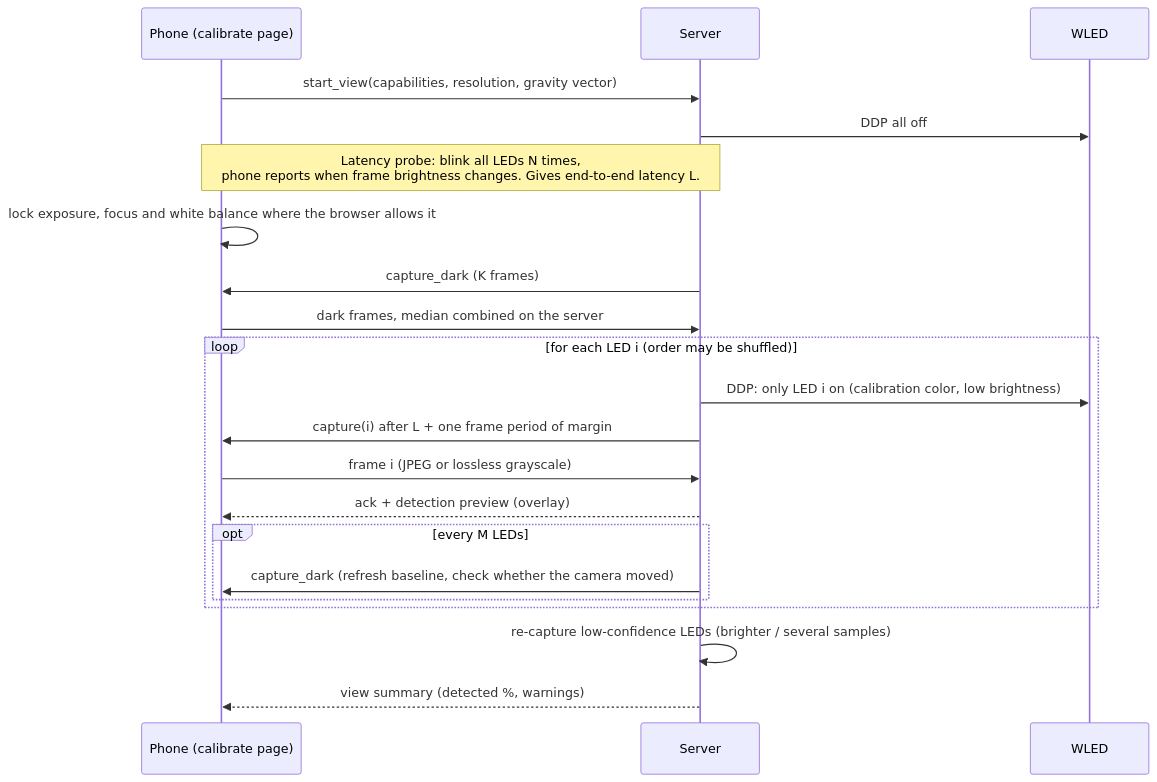
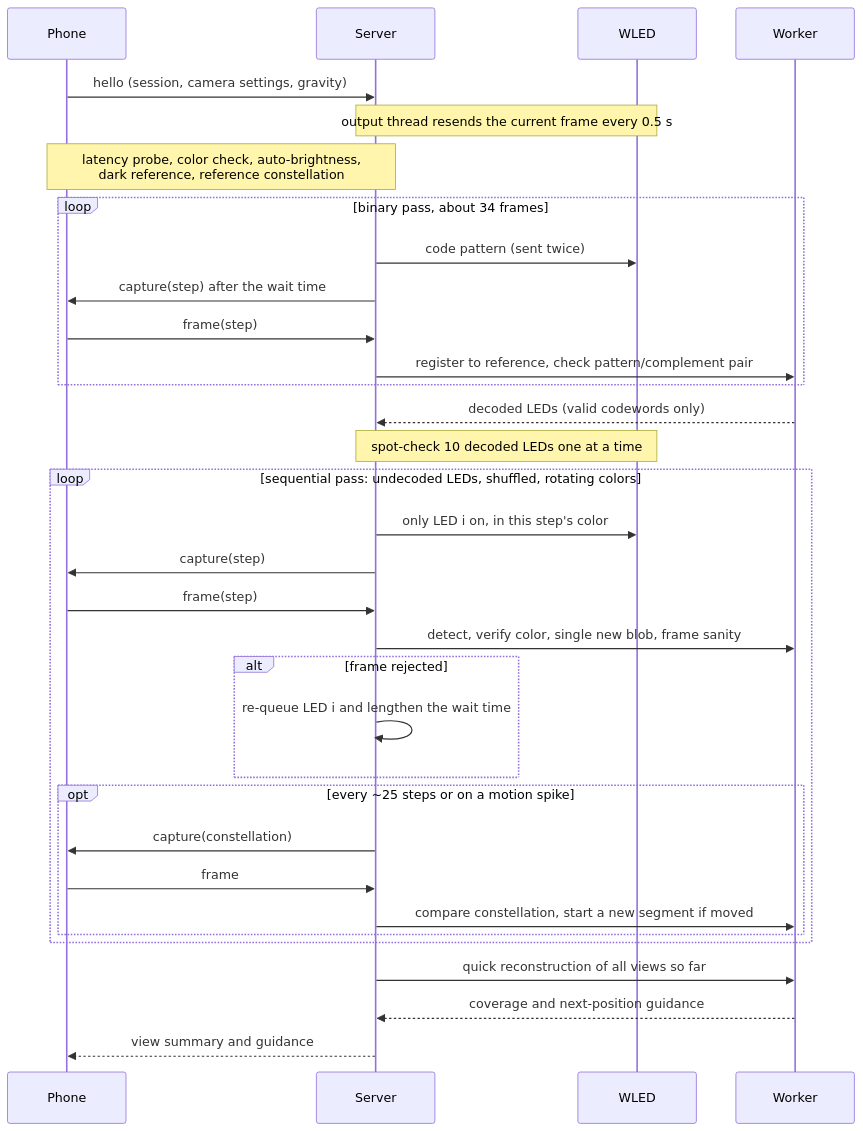
Before and after one commit to vinnesttree/TreeLights: the second of 2 diagrams in architecture.md, drawn with Mermaid. The commit also changed other lines of this file, not shown here.

First line of the commit message:
Revise architecture: record decisions, add failure analysis

````diff
--- a/architecture.md
+++ b/architecture.md
@@ -101,24 +336,36 @@
 ```mermaid
 sequenceDiagram
-  participant P as Phone (calibrate page)
+  participant P as Phone
   participant S as Server
   participant W as WLED
+  participant K as Worker
 
-  P->>S: start_view(capabilities, resolution, gravity vector)
-  S->>W: DDP all off
-  Note over P,S: Latency probe: blink all LEDs N times,<br/>phone reports when frame brightness changes. Gives end-to-end latency L.
-  P->>P: lock exposure, focus and white balance where the browser allows it
-  S->>P: capture_dark (K frames)
-  P->>S: dark frames, median combined on the server
-  loop for each LED i (order may be shuffled)
-    S->>W: DDP: only LED i on (calibration color, low brightness)
-    S->>P: capture(i) after L + one frame period of margin
-    P->>S: frame i (JPEG or lossless grayscale)
-    S-->>P: ack + detection preview (overlay)
-    opt every M LEDs
-      S->>P: capture_dark (refresh baseline, check whether the camera moved)
+  P->>S: hello (session, camera settings, gravity)
+  Note over S,W: output thread resends the current frame every 0.5 s
+  Note over P,S: latency probe, color check, auto-brightness,<br/>dark reference, reference constellation
+  loop binary pass, about 34 frames
+    S->>W: code pattern (sent twice)
+    S->>P: capture(step) after the wait time
+    P->>S: frame(step)
+    S->>K: register to reference, check pattern/complement pair
+  end
+  K-->>S: decoded LEDs (valid codewords only)
+  Note over S,W: spot-check 10 decoded LEDs one at a time
+  loop sequential pass: undecoded LEDs, shuffled, rotating colors
+    S->>W: only LED i on, in this step's color
+    S->>P: capture(step)
+    P->>S: frame(step)
+    S->>K: detect, verify color, single new blob, frame sanity
+    alt frame rejected
+      S->>S: re-queue LED i and lengthen the wait time
+    end
+    opt every ~25 steps or on a motion spike
+      S->>P: capture(constellation)
+      P->>S: frame
+      S->>K: compare constellation, start a new segment if moved
     end
   end
-  S->>S: re-capture low-confidence LEDs (brighter / several samples)
-  S-->>P: view summary (detected %, warnings)
+  S->>K: quick reconstruction of all views so far
+  K-->>S: coverage and next-position guidance
+  S-->>P: view summary and guidance
 ```
````
